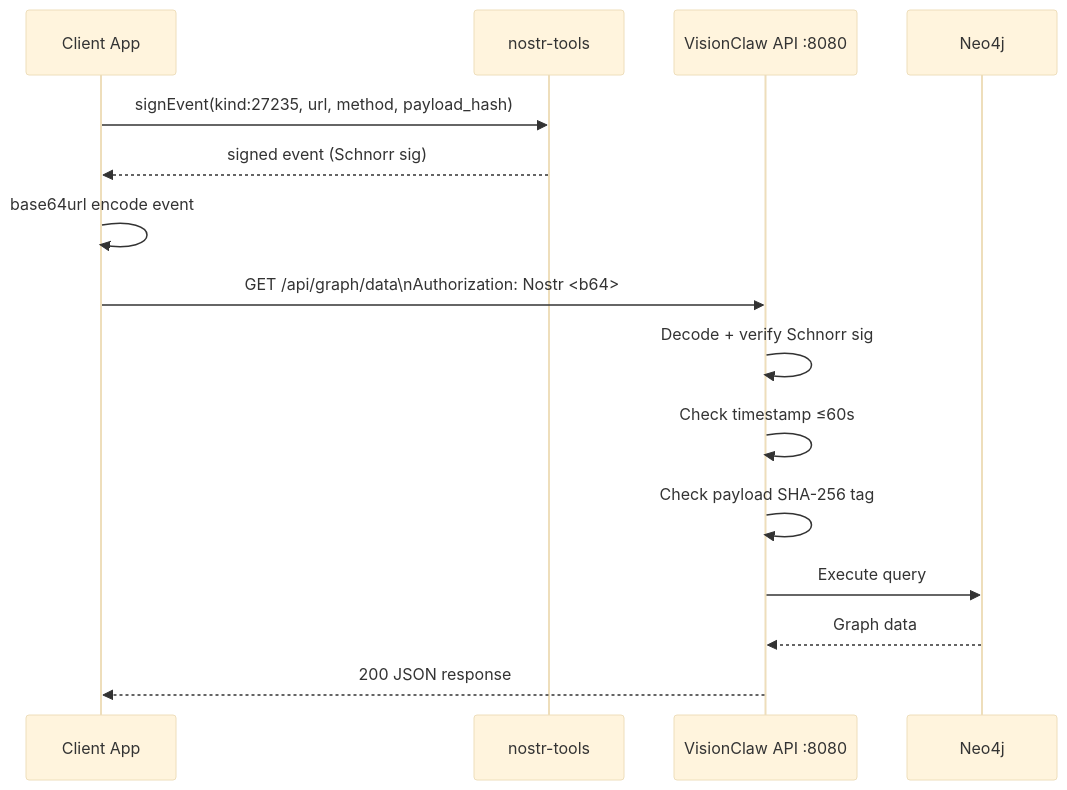
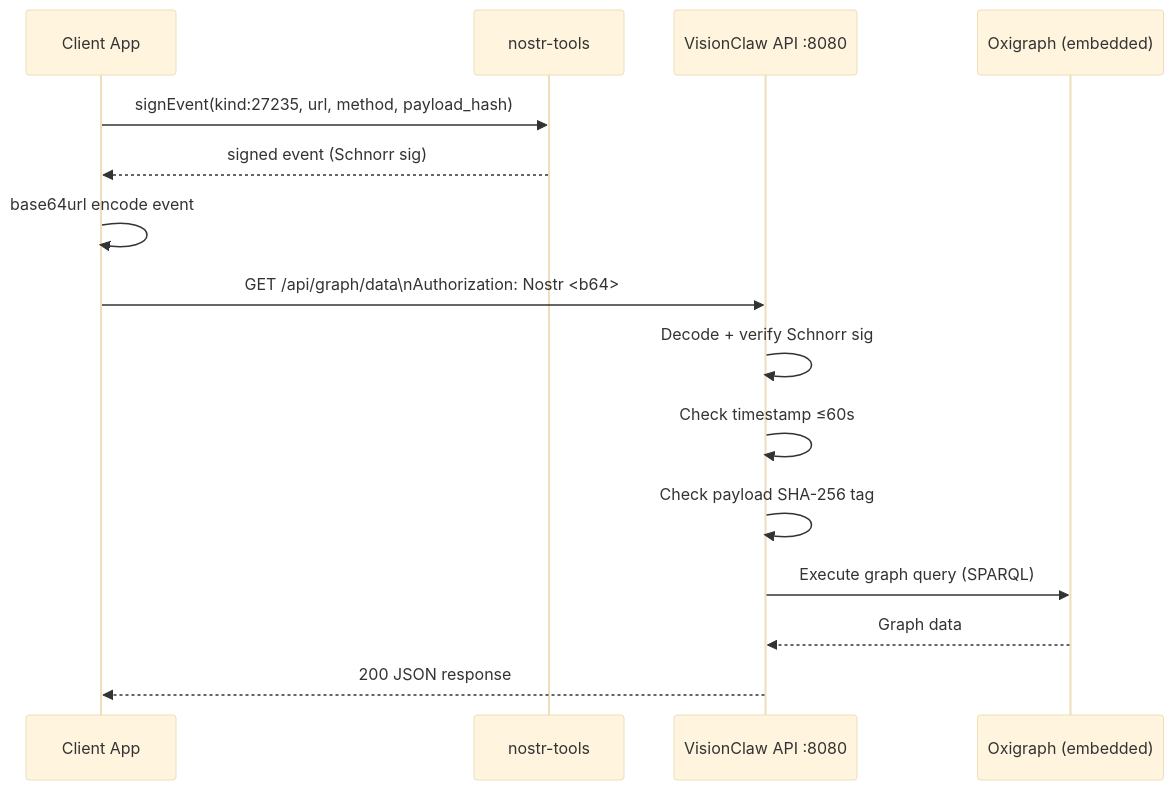
One commit to shaneholloman/logseq-spring-thing changed the second of 3 diagrams in docs/how-to/rest-api-guide.md. Above: the diagram before and after it, drawn with Mermaid (base theme). The commit also changed 58 other files, not shown here.

First line of the commit message:
docs: Neo4j→Oxigraph + webxr→visionclaw alignment, physics controls, health probes

````diff
--- a/docs/how-to/rest-api-guide.md
+++ b/docs/how-to/rest-api-guide.md
@@ -50,18 +50,18 @@
 ```mermaid
 sequenceDiagram
     participant App as Client App
     participant Nostr as nostr-tools
     participant API as VisionClaw API :8080
-    participant Neo4j as Neo4j
+    participant Store as Oxigraph (embedded)
 
     App->>Nostr: signEvent(kind:27235, url, method, payload_hash)
     Nostr-->>App: signed event (Schnorr sig)
     App->>App: base64url encode event
     App->>API: GET /api/graph/data\nAuthorization: Nostr <b64>
     API->>API: Decode + verify Schnorr sig
     API->>API: Check timestamp ≤60s
     API->>API: Check payload SHA-256 tag
-    API->>Neo4j: Execute query
-    Neo4j-->>API: Graph data
+    API->>Store: Execute graph query (SPARQL)
+    Store-->>API: Graph data
     API-->>App: 200 JSON response
 ```
````
